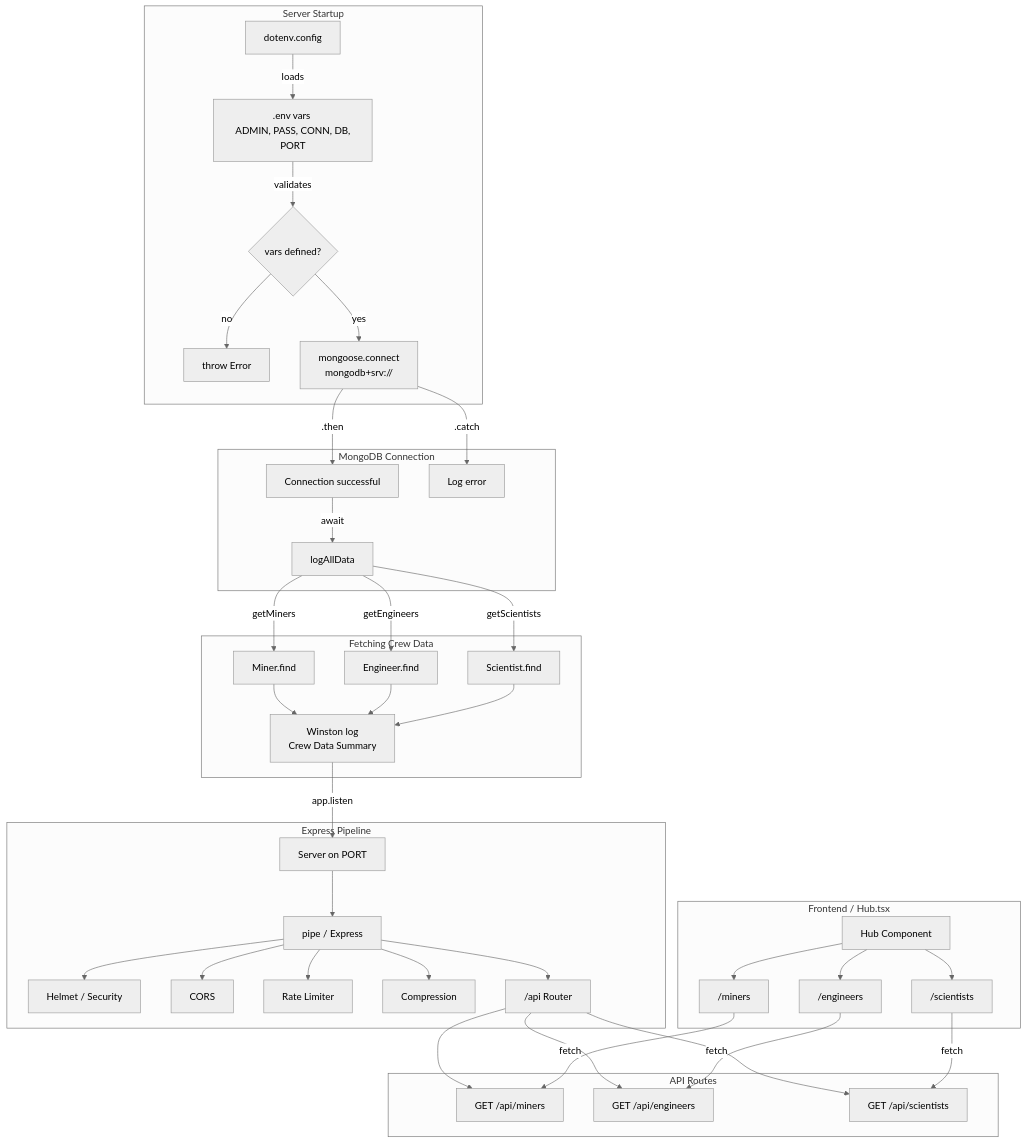
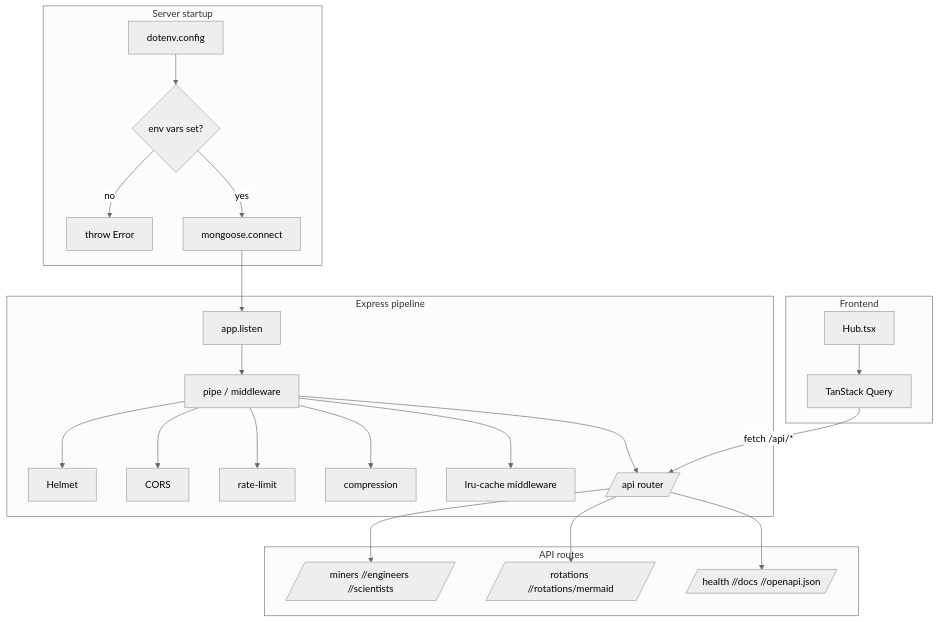
One commit to ChewBaccaYeti/DS_API changed the first of 3 diagrams in README.md. Above: the diagram before and after it, drawn with Mermaid (neutral theme). The commit also changed other lines of this file and 59 other files, not shown here.

Commit message:
Solid re-work for styles, graphs, logic and future scaling

````diff
--- a/README.md
+++ b/README.md
@@ -10,49 +76,30 @@
 ```mermaid
 flowchart TB
-    subgraph startup [Server Startup]
-        dotenv[dotenv.config] -->|loads| envVars[".env vars <br/> ADMIN, PASS, CONN, DB, PORT"]
-        envVars -->|validates| check{vars defined?}
-        check -->|no| throw[throw Error]
-        check -->|yes| mongoConnect
+    subgraph startup[Server startup]
+        env[dotenv.config] --> check{env vars set?}
+        check -- no --> throw[throw Error]
+        check -- yes --> connect[mongoose.connect]
     end
 
-    subgraph connection [MongoDB Connection]
-        mongoConnect[mongoose.connect <br/> mongodb+srv://] -->|.then| success[Connection successful]
-        mongoConnect -->|.catch| fail[Log error]
-        success -->|await| logAllData[logAllData]
+    subgraph pipeline[Express pipeline]
+        connect --> app[app.listen]
+        app --> pipe[pipe / middleware]
+        pipe --> helmet[Helmet]
+        pipe --> cors[CORS]
+        pipe --> rate[rate-limit]
+        pipe --> compression[compression]
+        pipe --> cache[lru-cache middleware]
+        pipe --> router[/api router/]
     end
 
-    subgraph fetching [Fetching Crew Data]
-        logAllData -->|getMiners| miners[Miner.find]
-        logAllData -->|getEngineers| engineers[Engineer.find]
-        logAllData -->|getScientists| scientists[Scientist.find]
-        miners --> log[Winston log <br/> Crew Data Summary]
-        engineers --> log
-        scientists --> log
+    subgraph routes[API routes]
+        router --> crew[/miners //engineers //scientists/]
+        router --> rot[/rotations //rotations/mermaid/]
+        router --> ops[/health //docs //openapi.json/]
     end
 
-    subgraph pipeline [Express Pipeline]
-        log -->|app.listen| server[Server on PORT]
-        server --> pipe[pipe / Express]
-        pipe --> helmet[Helmet / Security]
-        pipe --> cors[CORS]
-        pipe --> rateLimit[Rate Limiter]
-        pipe --> compression[Compression]
-        pipe --> router["/api Router"]
-    end
-
-    subgraph routes [API Routes]
-        router --> minersRoute[GET /api/miners]
-        router --> engineersRoute[GET /api/engineers]
-        router --> scientistsRoute[GET /api/scientists]
-    end
-
-    subgraph frontend ["Frontend / Hub.tsx"]
-        hub[Hub Component] --> navMiners["/miners"]
-        hub --> navEngineers["/engineers"]
-        hub --> navScientists["/scientists"]
-        navMiners -->|fetch| minersRoute
-        navEngineers -->|fetch| engineersRoute
-        navScientists -->|fetch| scientistsRoute
+    subgraph frontend[Frontend]
+        hub[Hub.tsx] --> query[TanStack Query]
+        query -->|fetch /api/*| router
     end
 ```
````
